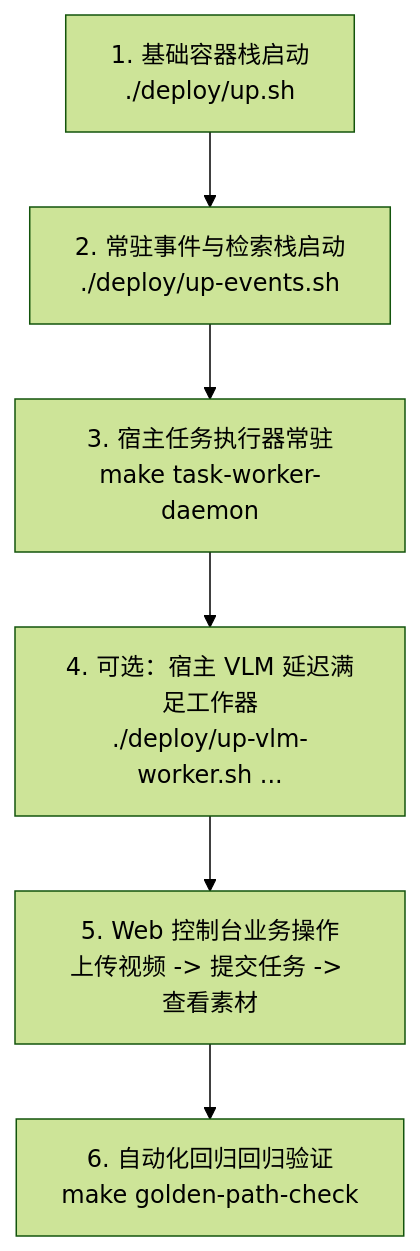
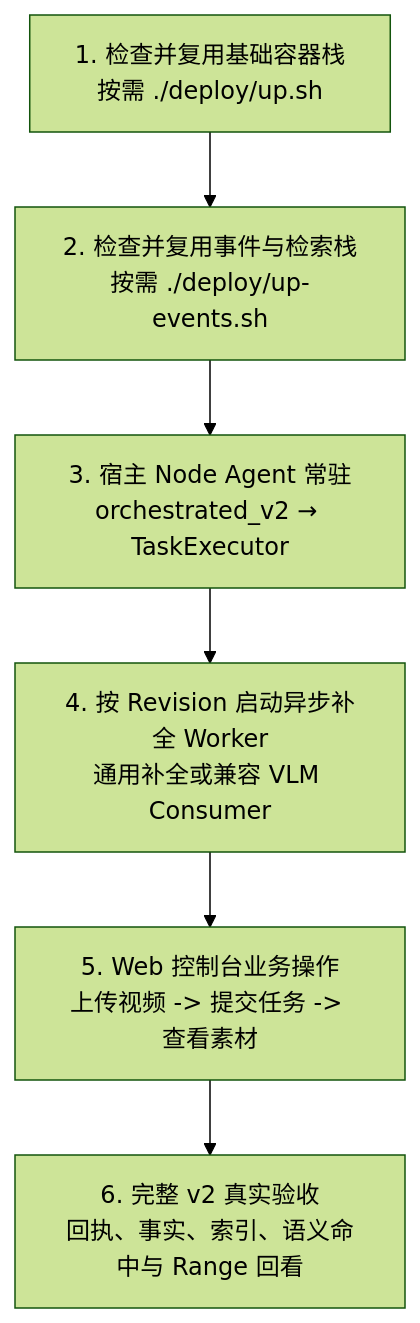
One commit to ZhiPenTu/SensoryPlex changed the diagram in AGENTS.md. Above: the diagram before and after it, drawn with Mermaid (forest theme). The commit also changed other lines of this file and 6 other files, not shown here.

````diff
--- a/AGENTS.md
+++ b/AGENTS.md
@@ -247,8 +262,8 @@
 ```mermaid
 flowchart TD
-    A["1. 基础容器栈启动<br/>./deploy/up.sh"] --> B["2. 常驻事件与检索栈启动<br/>./deploy/up-events.sh"]
-    B --> C["3. 宿主任务执行器常驻<br/>make task-worker-daemon"]
-    C --> D["4. 可选：宿主 VLM 延迟满足工作器<br/>./deploy/up-vlm-worker.sh ..."]
+    A["1. 检查并复用基础容器栈<br/>按需 ./deploy/up.sh"] --> B["2. 检查并复用事件与检索栈<br/>按需 ./deploy/up-events.sh"]
+    B --> C["3. 宿主 Node Agent 常驻<br/>orchestrated_v2 → TaskExecutor"]
+    C --> D["4. 按 Revision 启动异步补全 Worker<br/>通用补全或兼容 VLM Consumer"]
     D --> E["5. Web 控制台业务操作<br/>上传视频 -> 提交任务 -> 查看素材"]
-    E --> F["6. 自动化回归回归验证<br/>make golden-path-check"]
+    E --> F["6. 完整 v2 真实验收<br/>回执、事实、索引、语义命中与 Range 回看"]
 ```
````
